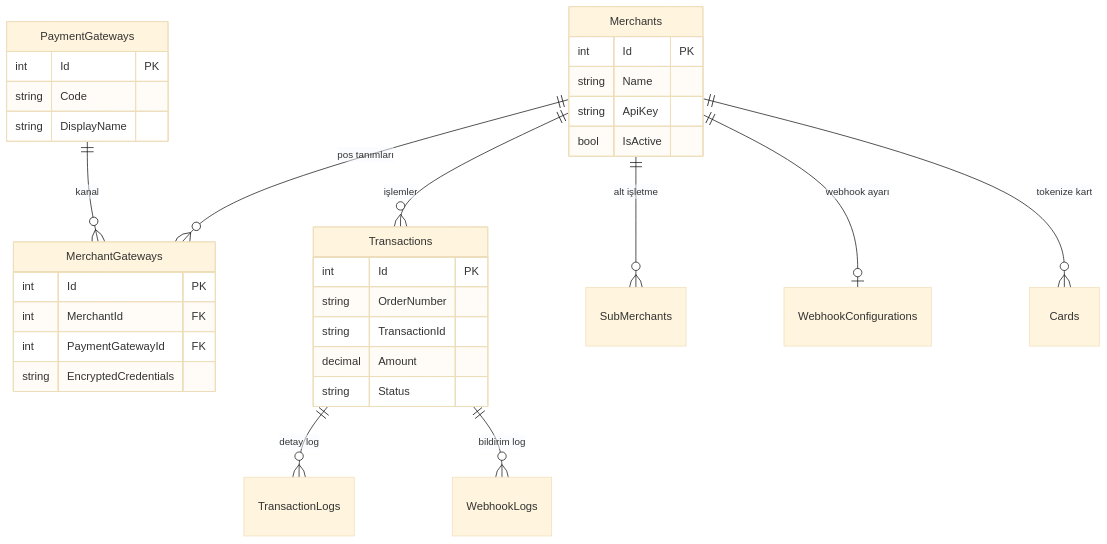
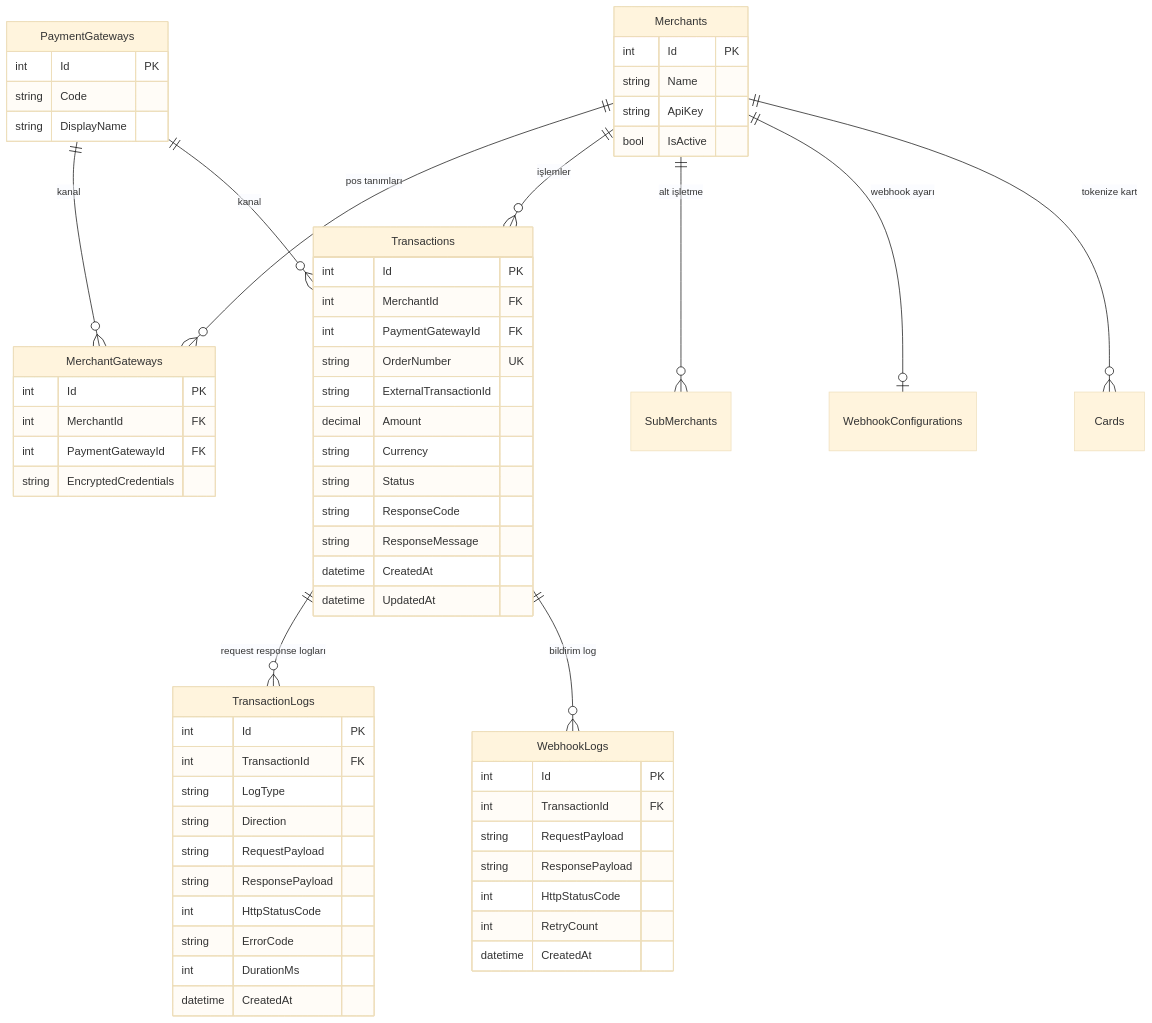
One commit to mehmetunal/tripay changed the eighth of 8 diagrams in docs/TriPay_Proje_Dokumani.md. Above: the diagram before and after it, drawn with Mermaid (base theme). The commit also changed other lines of this file, not shown here.

````diff
--- a/docs/TriPay_Proje_Dokumani.md
+++ b/docs/TriPay_Proje_Dokumani.md
@@ -625,36 +784,65 @@
 ```mermaid
 erDiagram
     Merchants ||--o{ MerchantGateways : "pos tanımları"
     PaymentGateways ||--o{ MerchantGateways : "kanal"
     Merchants ||--o{ Transactions : "işlemler"
+    PaymentGateways ||--o{ Transactions : "kanal"
     Merchants ||--o{ SubMerchants : "alt işletme"
     Merchants ||--o| WebhookConfigurations : "webhook ayarı"
-    Transactions ||--o{ TransactionLogs : "detay log"
+    Transactions ||--o{ TransactionLogs : "request response logları"
     Merchants ||--o{ Cards : "tokenize kart"
     Transactions ||--o{ WebhookLogs : "bildirim log"
 
     Merchants {
         int Id PK
         string Name
         string ApiKey
         bool IsActive
     }
     PaymentGateways {
         int Id PK
         string Code
         string DisplayName
     }
     MerchantGateways {
         int Id PK
         int MerchantId FK
         int PaymentGatewayId FK
         string EncryptedCredentials
     }
     Transactions {
         int Id PK
-        string OrderNumber
-        string TransactionId
+        int MerchantId FK
+        int PaymentGatewayId FK
+        string OrderNumber UK
+        string ExternalTransactionId
         decimal Amount
+        string Currency
         string Status
+        string ResponseCode
+        string ResponseMessage
+        datetime CreatedAt
+        datetime UpdatedAt
+    }
+    TransactionLogs {
+        int Id PK
+        int TransactionId FK
+        string LogType
+        string Direction
+        string RequestPayload
+        string ResponsePayload
+        int HttpStatusCode
+        string ErrorCode
+        int DurationMs
+        datetime CreatedAt
+    }
+    WebhookLogs {
+        int Id PK
+        int TransactionId FK
+        string RequestPayload
+        string ResponsePayload
+        int HttpStatusCode
+        int RetryCount
+        datetime CreatedAt
     }
 ```
````
